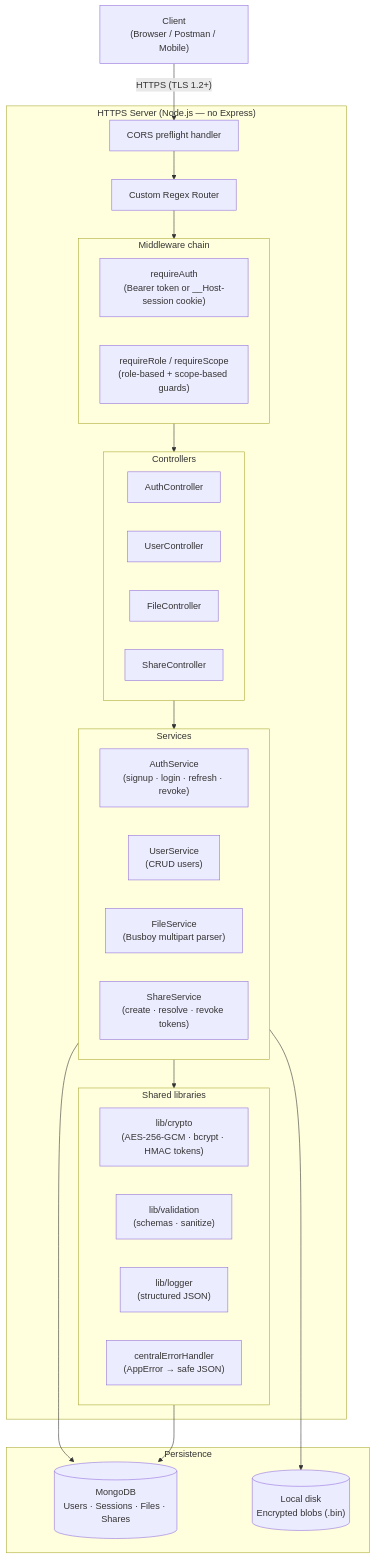
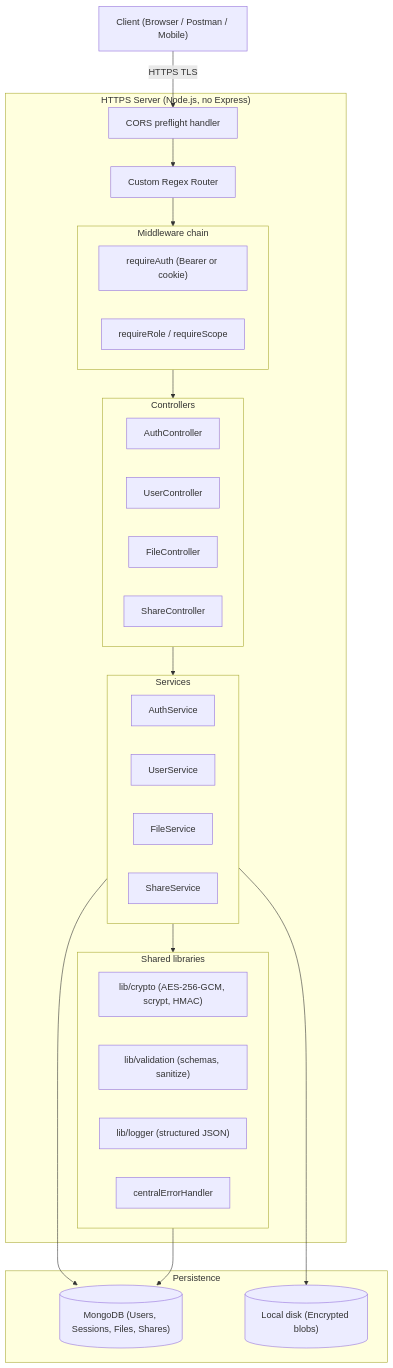
Before and after one commit to guptaankit0010/securefd: the first of 2 diagrams in README.md, drawn with Mermaid. The commit also changed other lines of this file, not shown here.

First line of the commit message:
docs(README): update installation instructions and remove outdated Postman collection details

````diff
--- a/README.md
+++ b/README.md
@@ -320,50 +296,50 @@
 ```mermaid
 graph TB
-    Client["Client\n(Browser / Postman / Mobile)"]
+    Client["Client (Browser / Postman / Mobile)"]
 
-    subgraph Server["HTTPS Server (Node.js — no Express)"]
+    subgraph Server["HTTPS Server (Node.js, no Express)"]
         CORS["CORS preflight handler"]
         Router["Custom Regex Router"]
 
         subgraph Middleware["Middleware chain"]
-            Auth["requireAuth\n(Bearer token or __Host-session cookie)"]
-            RBAC["requireRole / requireScope\n(role-based + scope-based guards)"]
+            Auth["requireAuth (Bearer or cookie)"]
+            RBAC["requireRole / requireScope"]
         end
 
         subgraph Controllers
             AuthCtrl["AuthController"]
             UserCtrl["UserController"]
             FileCtrl["FileController"]
             ShareCtrl["ShareController"]
         end
 
         subgraph Services
-            AuthSvc["AuthService\n(signup · login · refresh · revoke)"]
-            UserSvc["UserService\n(CRUD users)"]
-            FileSvc["FileService\n(Busboy multipart parser)"]
-            ShareSvc["ShareService\n(create · resolve · revoke tokens)"]
+            AuthSvc["AuthService"]
+            UserSvc["UserService"]
+            FileSvc["FileService"]
+            ShareSvc["ShareService"]
         end
 
         subgraph Libs["Shared libraries"]
-            Crypto["lib/crypto\n(AES-256-GCM · bcrypt · HMAC tokens)"]
-            Validation["lib/validation\n(schemas · sanitize)"]
-            Logger["lib/logger\n(structured JSON)"]
-            ErrHandler["centralErrorHandler\n(AppError → safe JSON)"]
+            Crypto["lib/crypto (AES-256-GCM, scrypt, HMAC)"]
+            Validation["lib/validation (schemas, sanitize)"]
+            Logger["lib/logger (structured JSON)"]
+            ErrHandler["centralErrorHandler"]
         end
     end
 
     subgraph Persistence
-        MongoDB[("MongoDB\nUsers · Sessions · Files · Shares")]
-        Disk[("Local disk\nEncrypted blobs (.bin)")]
+        MongoDB[("MongoDB (Users, Sessions, Files, Shares)")]
+        Disk[("Local disk (Encrypted blobs)")]
     end
 
-    Client -->|"HTTPS (TLS 1.2+)"| CORS
+    Client -->|"HTTPS TLS"| CORS
     CORS --> Router
     Router --> Middleware
     Middleware --> Controllers
     Controllers --> Services
     Services --> Libs
     Services --> MongoDB
     Services --> Disk
     Libs --> MongoDB
 ```
````
